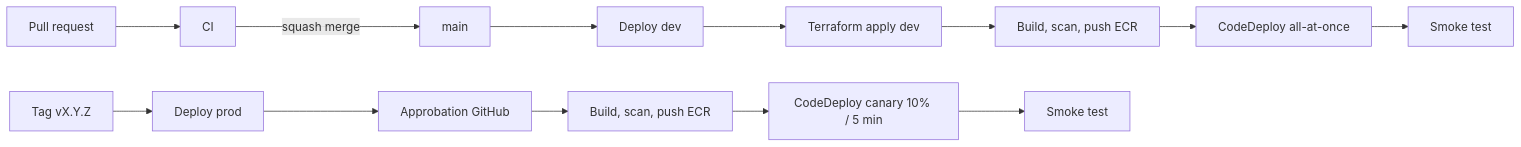
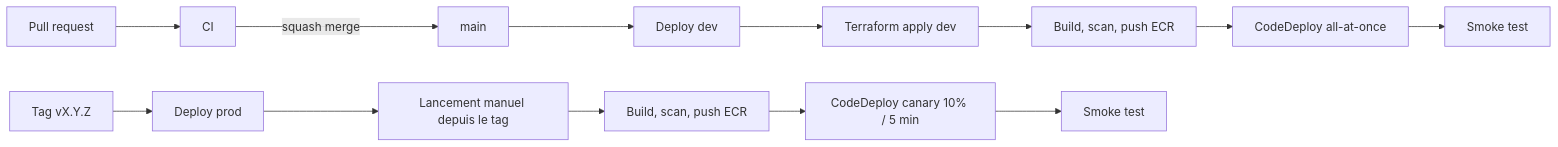
The diagram in docs/ci-cd.md (devops-boilerplate/aws-ecs-bluegreen), drawn with Mermaid before and after one commit. The commit also changed other lines of this file and 3 other files, not shown here.

First line of the commit message:
fix(ci): require a manual prod dispatch from the release tag (#8)

````diff
--- a/docs/ci-cd.md
+++ b/docs/ci-cd.md
@@ -9,16 +9,16 @@
 ```mermaid
 flowchart LR
   PR[Pull request] --> CI[CI]
   CI -->|squash merge| Main[main]
   Main --> DeployDev[Deploy dev]
   DeployDev --> InfraDev[Terraform apply dev]
   InfraDev --> BuildDev[Build, scan, push ECR]
   BuildDev --> CDDev[CodeDeploy all-at-once]
   CDDev --> SmokeDev[Smoke test]
 
   Tag[Tag vX.Y.Z] --> DeployProd[Deploy prod]
-  DeployProd --> Approve[Approbation GitHub]
-  Approve --> BuildProd[Build, scan, push ECR]
+  DeployProd --> Manual[Lancement manuel depuis le tag]
+  Manual --> BuildProd[Build, scan, push ECR]
   BuildProd --> CDProd[CodeDeploy canary 10% / 5 min]
   CDProd --> SmokeProd[Smoke test]
 ```
````
